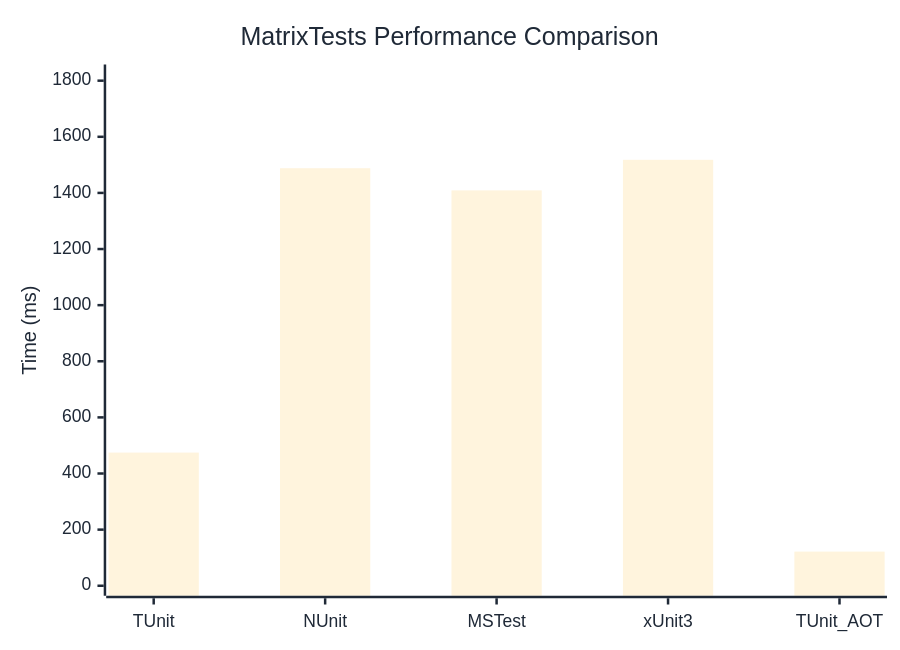
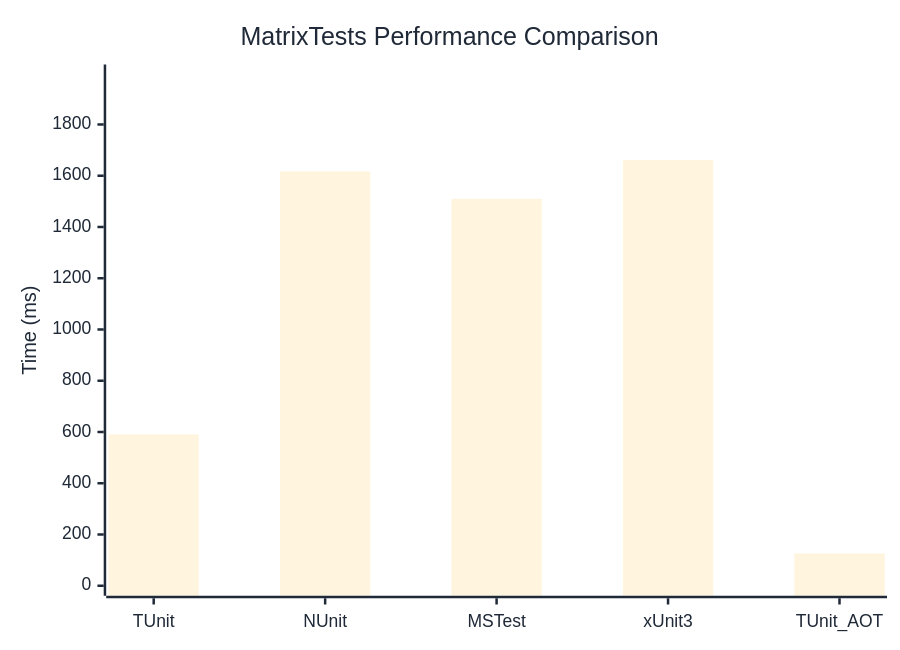
The diagram in docs/docs/benchmarks/MatrixTests.md (thomhurst/TUnit), drawn with Mermaid before and after one commit. The commit also changed other lines of this file and 17 other files, not shown here.

````diff
--- a/docs/docs/benchmarks/MatrixTests.md
+++ b/docs/docs/benchmarks/MatrixTests.md
@@ -27,37 +27,37 @@
 ```mermaid
 %%{init: {
   'theme':'base',
   'themeVariables': {
     'primaryColor': '#2563eb',
     'primaryTextColor': '#1f2937',
     'primaryBorderColor': '#1e40af',
     'lineColor': '#6b7280',
     'secondaryColor': '#7c3aed',
     'tertiaryColor': '#dc2626',
     'background': '#ffffff',
     'mainBkg': '#2563eb',
     'secondBkg': '#7c3aed',
     'tertiaryBkg': '#dc2626',
     'clusterBkg': '#f3f4f6',
     'edgeLabelBackground': '#ffffff',
     'tertiaryTextColor': '#1f2937',
     'pie1': '#2563eb',
     'pie2': '#7c3aed',
     'pie3': '#dc2626',
     'pie4': '#f59e0b',
     'pie5': '#10b981',
     'pie6': '#06b6d4',
     'pie7': '#ec4899',
     'pie8': '#6366f1',
     'pie9': '#84cc16',
     'pie10': '#f97316',
     'pie11': '#14b8a6',
     'pie12': '#a855f7'
   }
 }}%%
 xychart-beta
   title "MatrixTests Performance Comparison"
   x-axis ["TUnit", "NUnit", "MSTest", "xUnit3", "TUnit_AOT"]
-  y-axis "Time (ms)" 0 --> 1822
-  bar [474.6, 1488, 1409, 1517.9, 121.7]
+  y-axis "Time (ms)" 0 --> 1995
+  bar [590.5, 1616.7, 1509.9, 1661.7, 126]
 ```
````
